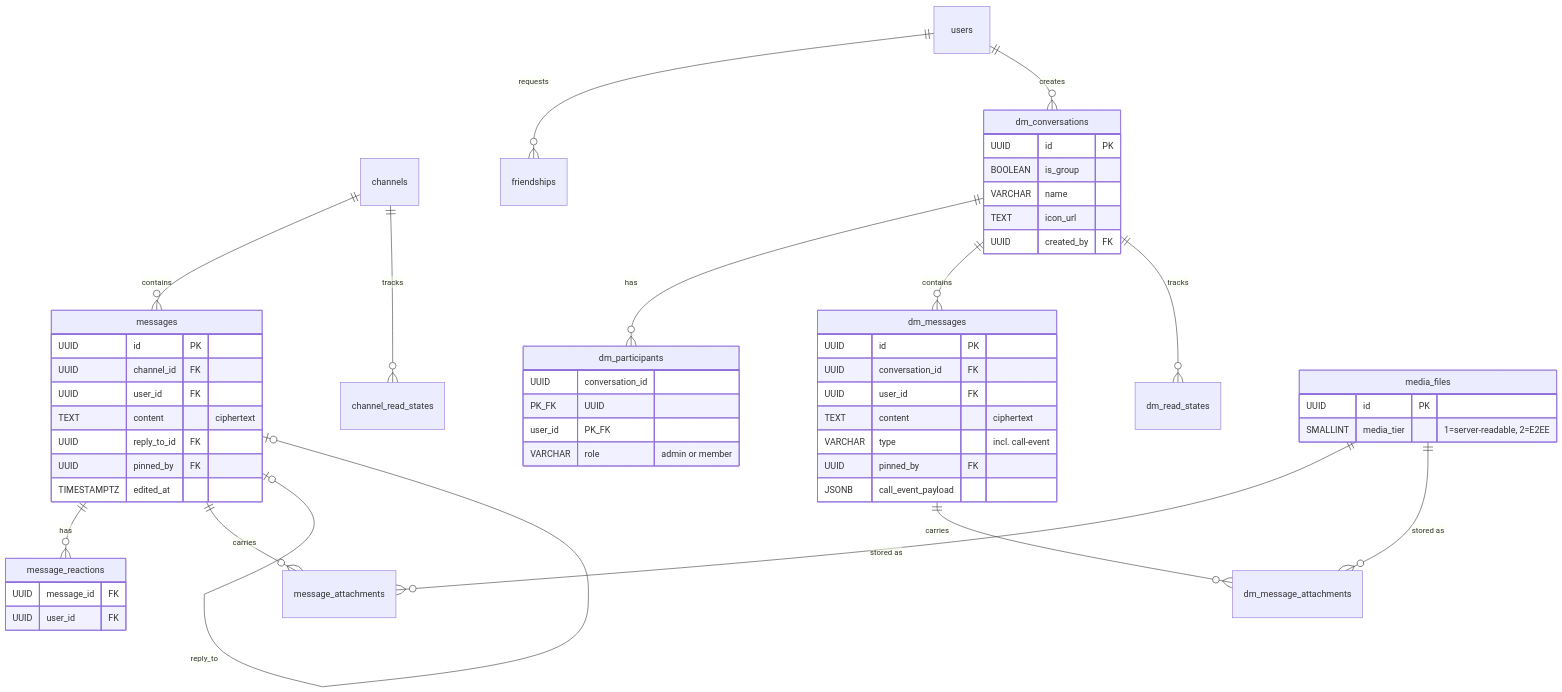
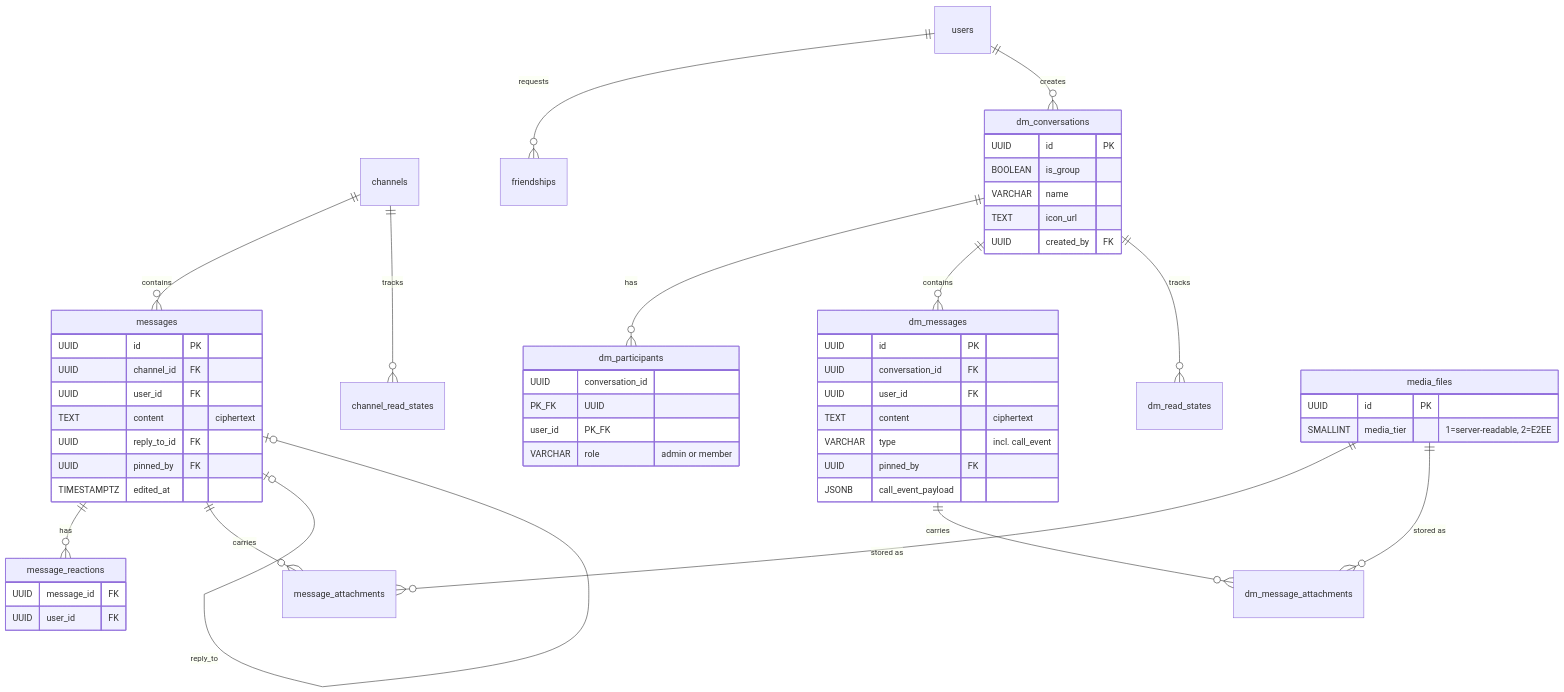
One commit to Concord-Voice/Self-Hosted changed the third of 10 diagrams in docs/architecture.md. Above: the diagram before and after it, drawn with Mermaid. The commit also changed other lines of this file and 8 other files, not shown here.

First line of the commit message:
feat: group voice call UX — ring, decline tally, join-active, group call-event rendering (#1568)

````diff
--- a/docs/architecture.md
+++ b/docs/architecture.md
@@ -314,55 +314,55 @@
 ```mermaid
 erDiagram
     channels ||--o{ messages : "contains"
     channels ||--o{ channel_read_states : "tracks"
     messages ||--o{ message_reactions : "has"
     messages ||--o{ message_attachments : "carries"
     messages |o--o| messages : "reply_to"
     users ||--o{ friendships : "requests"
     users ||--o{ dm_conversations : "creates"
     dm_conversations ||--o{ dm_participants : "has"
     dm_conversations ||--o{ dm_messages : "contains"
     dm_conversations ||--o{ dm_read_states : "tracks"
     dm_messages ||--o{ dm_message_attachments : "carries"
     media_files ||--o{ message_attachments : "stored as"
     media_files ||--o{ dm_message_attachments : "stored as"
 
     messages {
         UUID id PK
         UUID channel_id FK
         UUID user_id FK
         TEXT content "ciphertext"
         UUID reply_to_id FK
         UUID pinned_by FK
         TIMESTAMPTZ edited_at
     }
     dm_conversations {
         UUID id PK
         BOOLEAN is_group
         VARCHAR name
         TEXT icon_url
         UUID created_by FK
     }
     dm_participants {
         UUID conversation_id PK_FK
         UUID user_id PK_FK
         VARCHAR role "admin or member"
     }
     dm_messages {
         UUID id PK
         UUID conversation_id FK
         UUID user_id FK
         TEXT content "ciphertext"
-        VARCHAR type "incl. call-event"
+        VARCHAR type "incl. call_event"
         UUID pinned_by FK
         JSONB call_event_payload
     }
     message_reactions {
         UUID message_id FK
         UUID user_id FK
     }
     media_files {
         UUID id PK
         SMALLINT media_tier "1=server-readable, 2=E2EE"
     }
 ```
````
